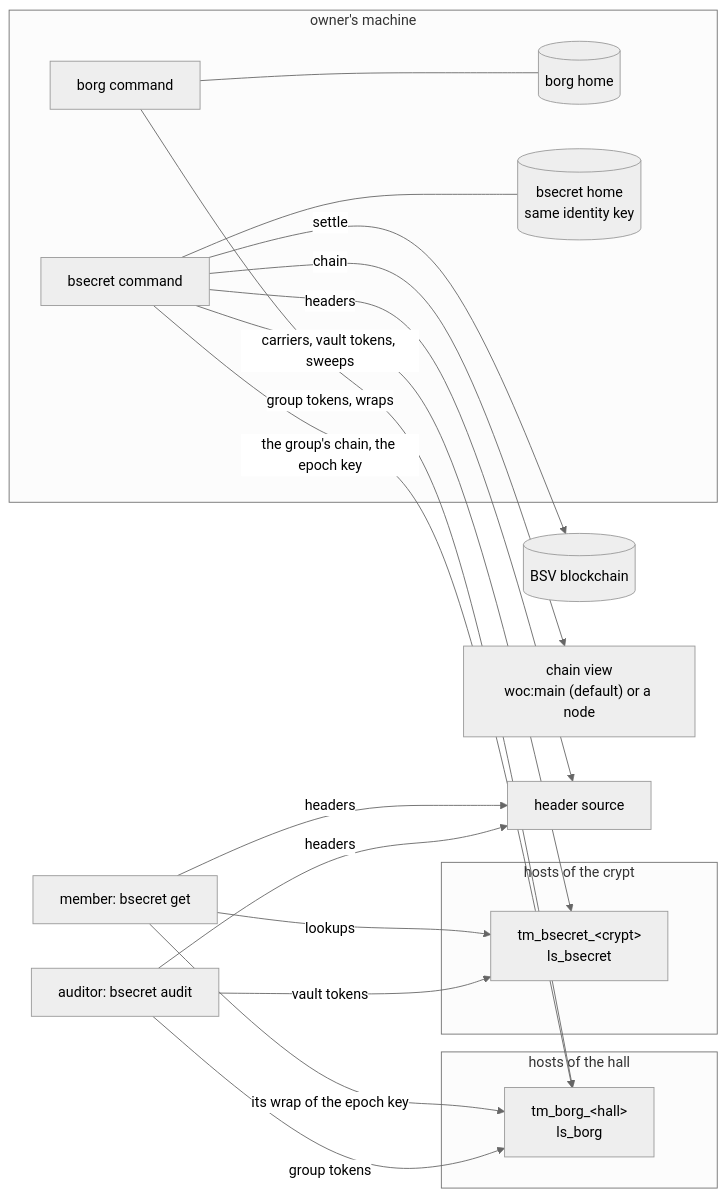
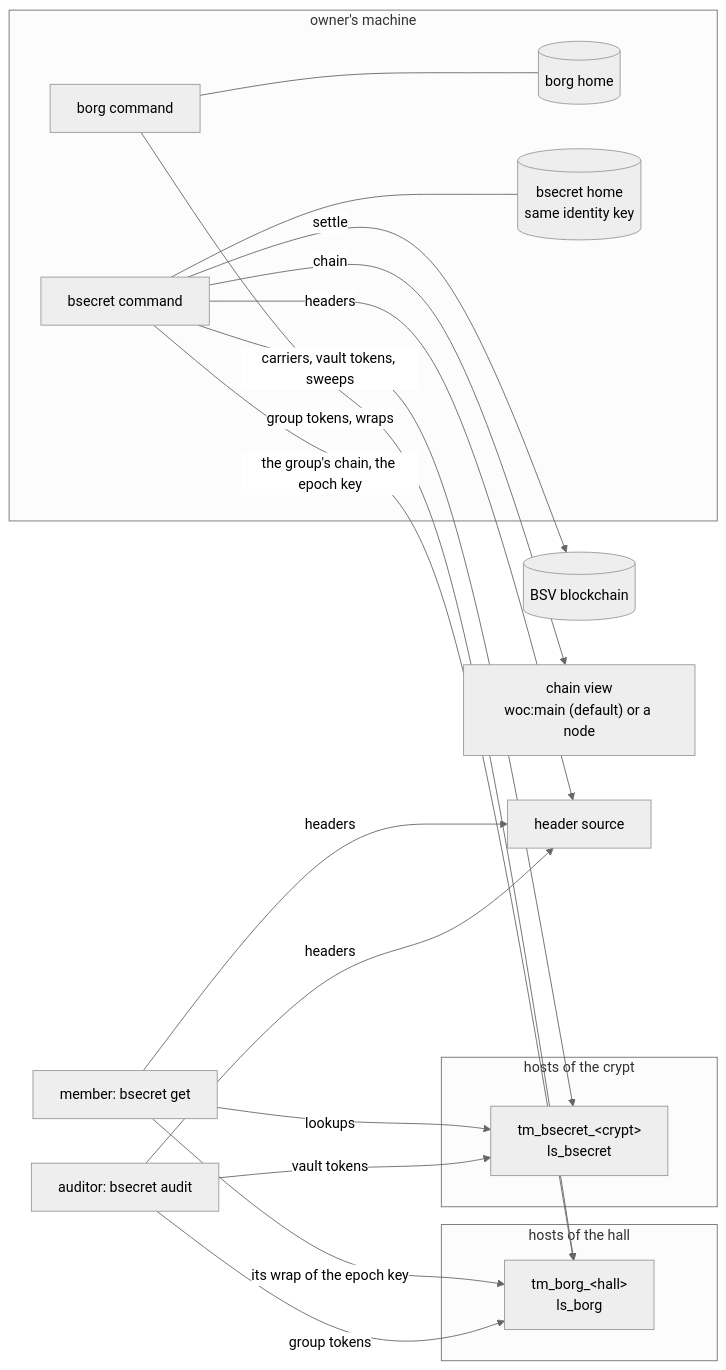
One commit to lightwebinc/bsecret changed the diagram in docs/architecture.md. Above: the diagram before and after it, drawn with Mermaid (neutral theme). The commit also changed 1 other file, not shown here.

Commit message:
[Fix] diagrams: a spacer where the viewer's controls land
The rendered viewer places its zoom and pan panel over a flowchart's
bottom-right corner, and its mermaid build does not read diagramPadding
for flowcharts. An invisible node in the rightmost rank, below its last
node, is what the panel now covers.

````diff
--- a/docs/architecture.md
+++ b/docs/architecture.md
@@ -9,23 +9,28 @@
 ```mermaid
 flowchart LR
   subgraph owner["owner's machine"]
     BG["borg command"] --- BH[("borg home")]
     BS["bsecret command"] --- SH[("bsecret home<br/>same identity key")]
   end
   subgraph hall["hosts of the hall"]
     HH["tm_borg_&lt;hall&gt;<br/>ls_borg"]
   end
   subgraph crypt["hosts of the crypt"]
     CH["tm_bsecret_&lt;crypt&gt;<br/>ls_bsecret"]
   end
   BG -->|"group tokens, wraps"| HH
   BS -->|"carriers, vault tokens, sweeps"| CH
   BS -->|"the group's chain, the epoch key"| HH
   M["member: bsecret get"] -->|lookups| CH
   M -->|"its wrap of the epoch key"| HH
   A["auditor: bsecret audit"] -->|"vault tokens"| CH
   A -->|"group tokens"| HH
   BS -->|"settle"| BSV[("BSV blockchain")]
   BS -->|"chain"| N["chain view<br/>woc:main (default) or a node"]
   M & A & BS -->|headers| HS["header source"]
+  %% The last node is an invisible spacer in the rightmost rank: the rendered
+  %% viewer places its zoom and pan controls over the bottom-right corner.
+  BS ~~~ pad
+  pad["&nbsp;<br/>&nbsp;<br/>&nbsp;<br/>&nbsp;<br/>&nbsp;"]:::pad
+  classDef pad fill:none,stroke:none,color:transparent
 ```
````
